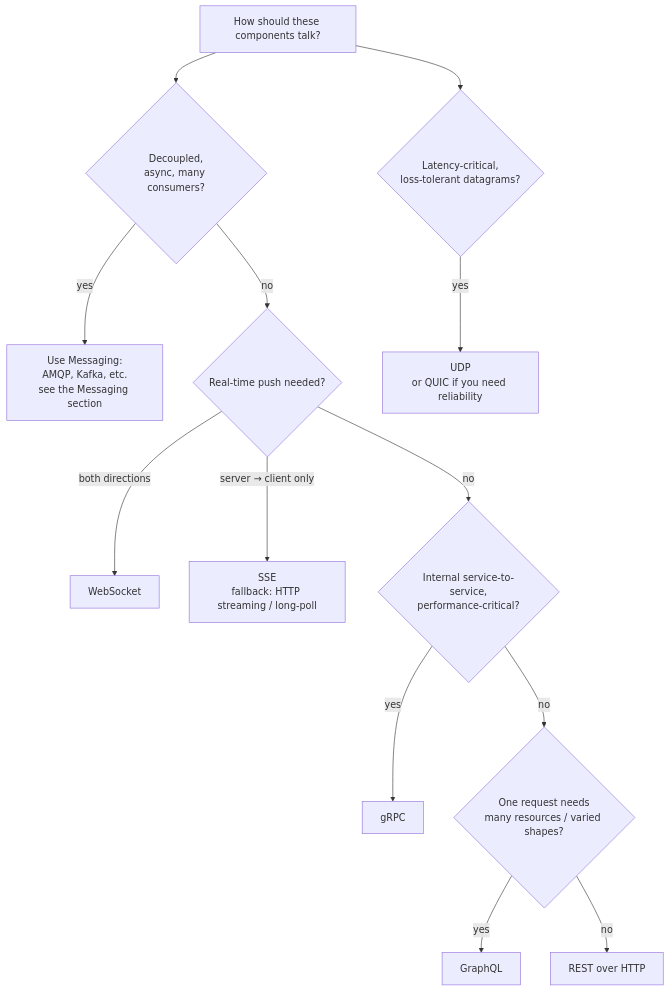
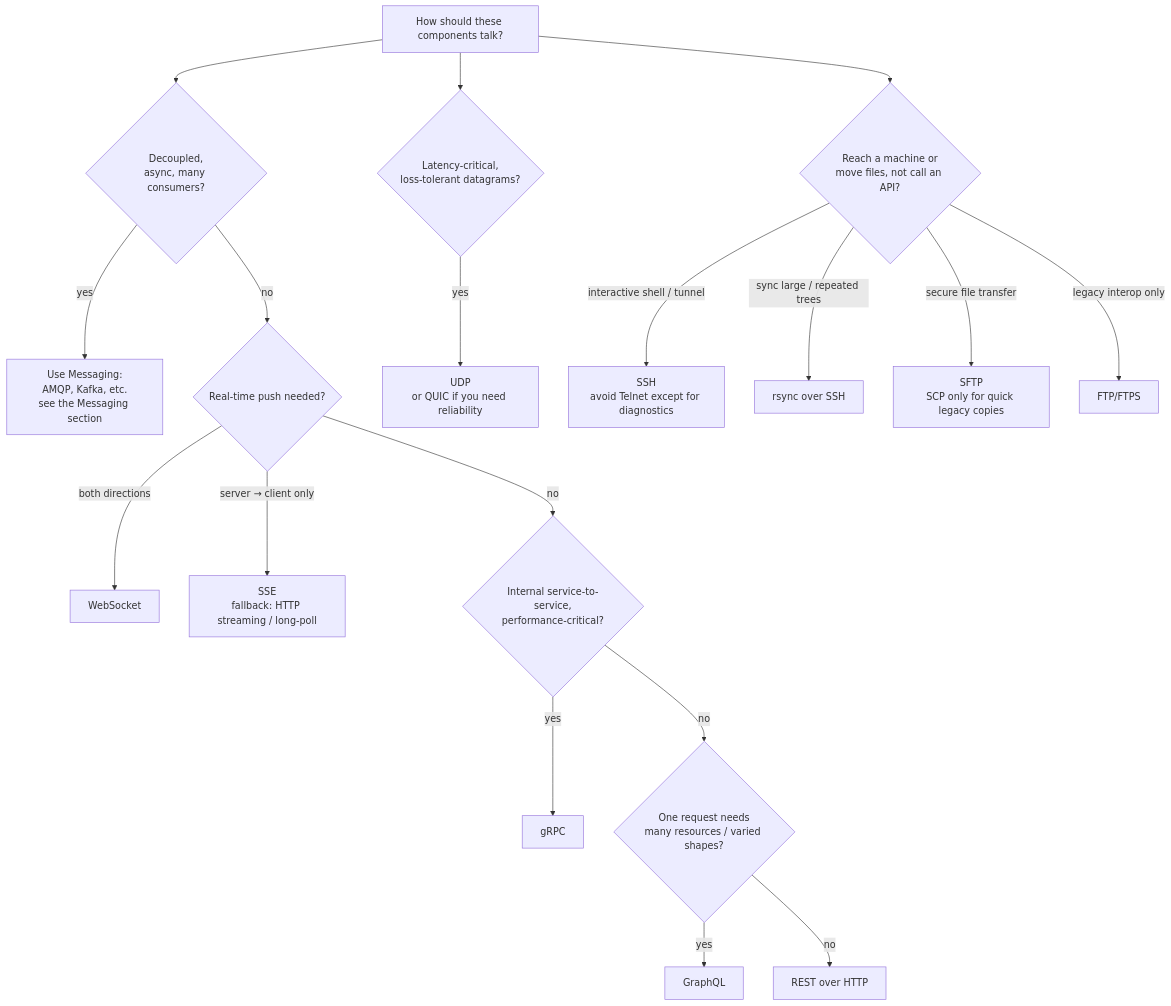
The diagram in software-engineering/communication-protocols/comparison.md (rafaelporto/dev-atlas), drawn with Mermaid before and after one commit. The commit also changed other lines of this file and 11 other files, not shown here.

````diff
--- a/software-engineering/communication-protocols/comparison.md
+++ b/software-engineering/communication-protocols/comparison.md
@@ -49,15 +57,20 @@
 ```mermaid
 flowchart TD
     A[How should these components talk?] --> B{Decoupled,<br/>async, many consumers?}
     B -- yes --> MSG[Use Messaging:<br/>AMQP, Kafka, etc.<br/>see the Messaging section]
     B -- no --> C{Real-time push needed?}
     C -- "both directions" --> WS[WebSocket]
     C -- "server → client only" --> SSE[SSE<br/>fallback: HTTP streaming / long-poll]
     C -- no --> D{Internal service-to-service,<br/>performance-critical?}
     D -- yes --> G[gRPC]
     D -- no --> E{One request needs<br/>many resources / varied shapes?}
     E -- yes --> GQL[GraphQL]
     E -- no --> R[REST over HTTP]
     A --> F{Latency-critical,<br/>loss-tolerant datagrams?}
     F -- yes --> U[UDP<br/>or QUIC if you need reliability]
+    A --> H{Reach a machine or<br/>move files, not call an API?}
+    H -- "interactive shell / tunnel" --> SSHN[SSH<br/>avoid Telnet except for diagnostics]
+    H -- "sync large / repeated trees" --> RS[rsync over SSH]
+    H -- "secure file transfer" --> SF[SFTP<br/>SCP only for quick legacy copies]
+    H -- "legacy interop only" --> FT[FTP/FTPS]
 ```
````
